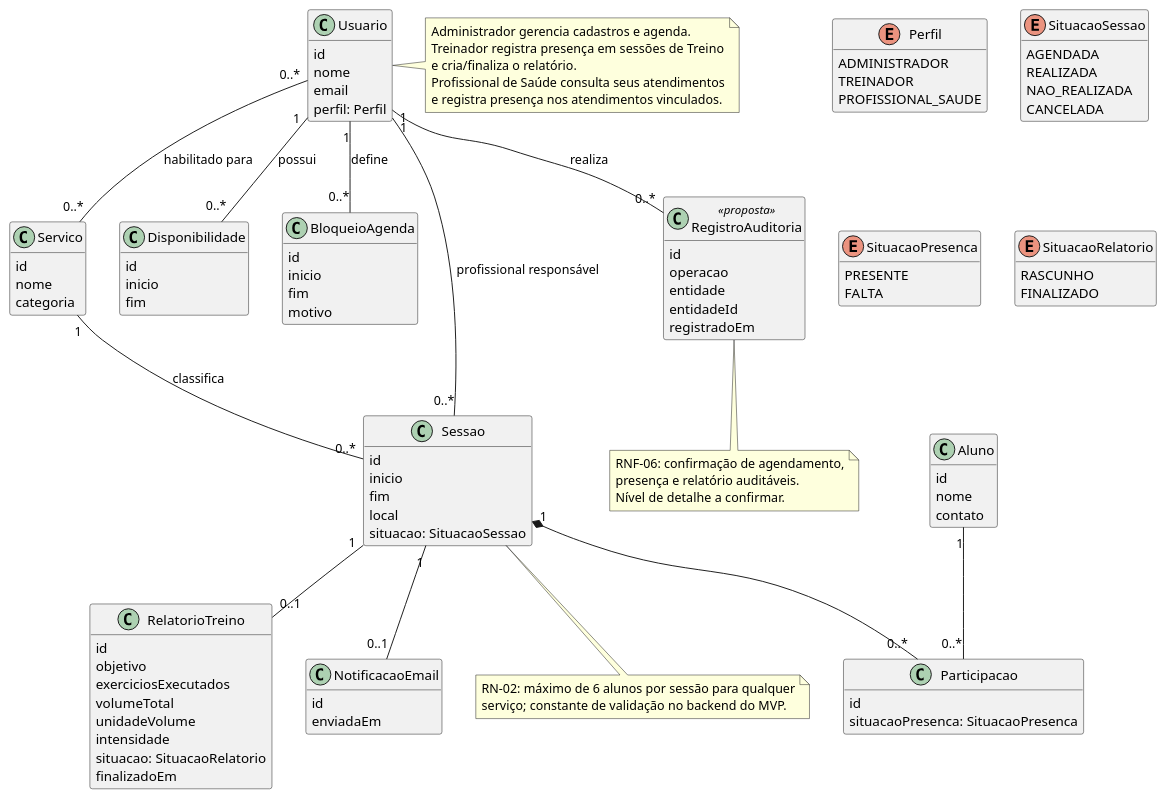
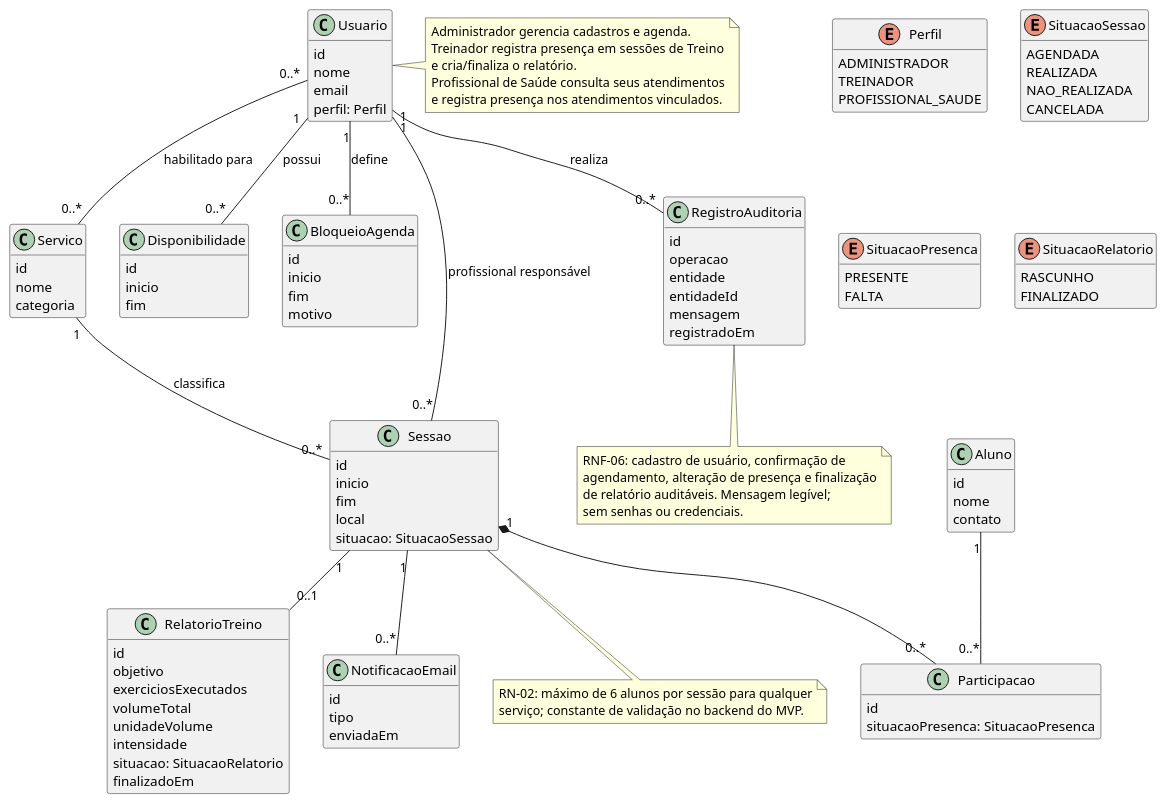
The diagram in docs/Elaboracao/diagrama_de_classes.md (Projetos-de-Extensao/PECDII_26.2_8001_I), drawn with PlantUML before and after one commit. The commit also changed other lines of this file and 8 other files, not shown here.

````diff
--- a/docs/Elaboracao/diagrama_de_classes.md
+++ b/docs/Elaboracao/diagrama_de_classes.md
@@ -83,13 +83,15 @@
 }
 class NotificacaoEmail {
   id
+  tipo
   enviadaEm
 }
-class RegistroAuditoria <<proposta>> {
+class RegistroAuditoria {
   id
   operacao
   entidade
   entidadeId
+  mensagem
   registradoEm
 }
 
@@ -102,7 +104,7 @@
 Aluno "1" -- "0..*" Participacao
 Sessao "1" *-- "0..*" Participacao
 Sessao "1" -- "0..1" RelatorioTreino
-Sessao "1" -- "0..1" NotificacaoEmail
+Sessao "1" -- "0..*" NotificacaoEmail
 
 note right of Usuario
   Administrador gerencia cadastros e agenda.
@@ -116,9 +118,10 @@
   serviço; constante de validação no backend do MVP.
 end note
 note bottom of RegistroAuditoria
-  RNF-06: confirmação de agendamento,
-  presença e relatório auditáveis.
-  Nível de detalhe a confirmar.
+  RNF-06: cadastro de usuário, confirmação de
+  agendamento, alteração de presença e finalização
+  de relatório auditáveis. Mensagem legível;
+  sem senhas ou credenciais.
 end note
 @enduml
 ```
````
